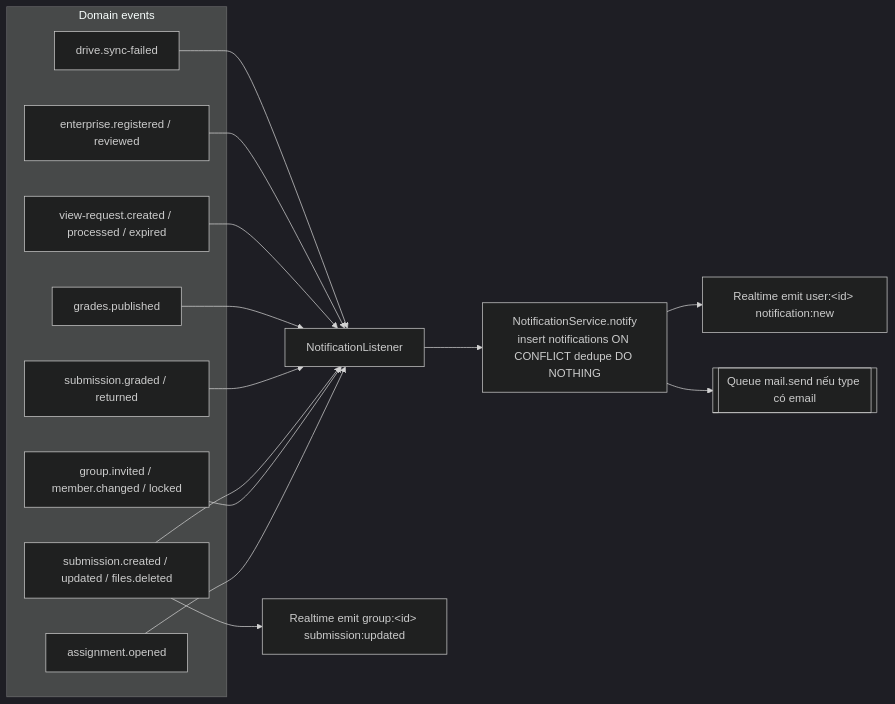
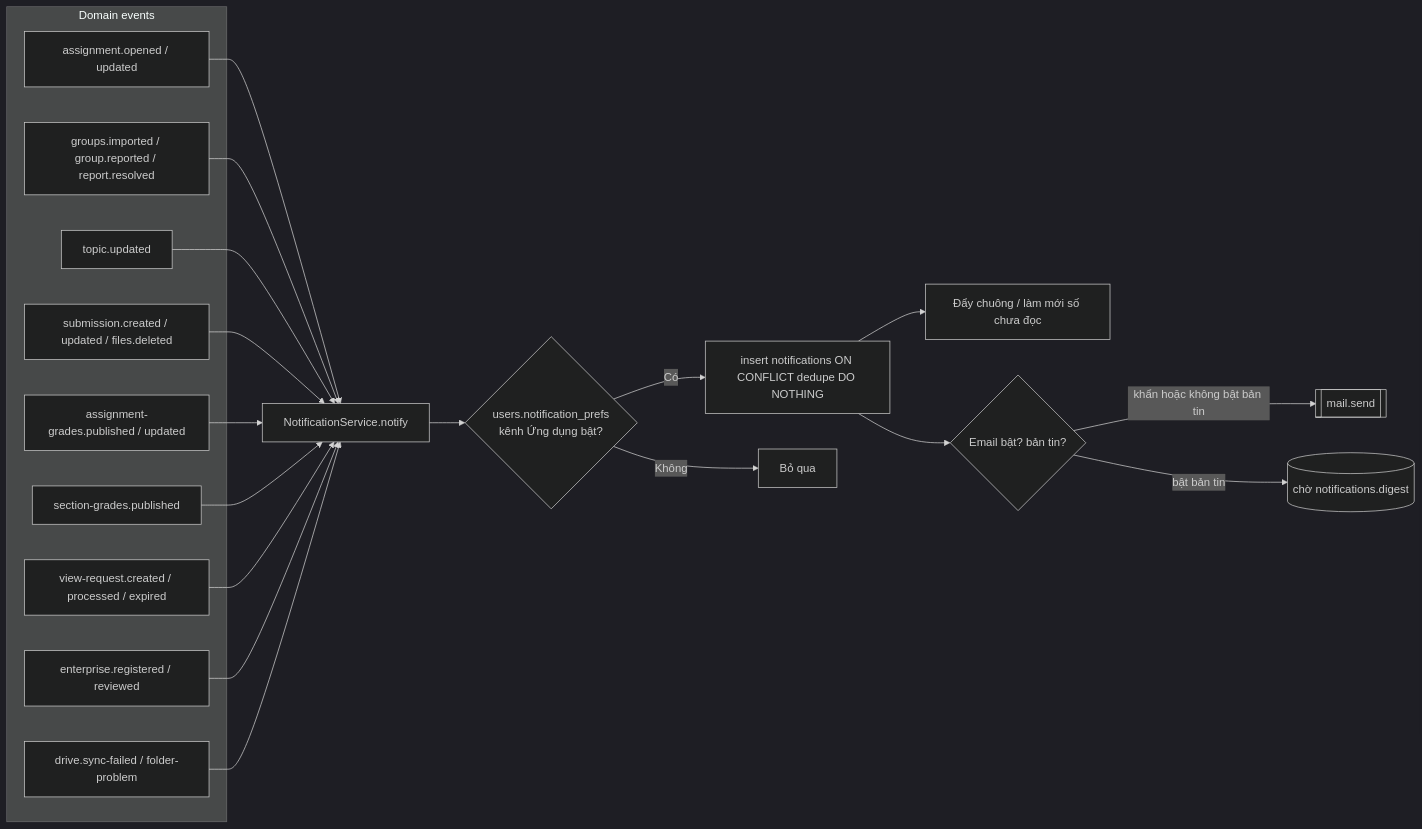
One commit to Tuaanss/-ATN changed diagram 12 of 12 in docs/ModuleFlows.md. Above: the diagram before and after it, drawn with Mermaid (dark theme). The commit also changed other lines of this file and 165 other files, not shown here.

````diff
--- a/docs/ModuleFlows.md
+++ b/docs/ModuleFlows.md
@@ -380,18 +409,22 @@
 ```mermaid
 flowchart LR
   subgraph Domain events
-    E1[assignment.opened]
-    E2[group.invited / member.changed / locked]
-    E3[submission.created / updated / files.deleted]
-    E4[submission.graded / returned]
-    E5[grades.published]
-    E6[view-request.created / processed / expired]
-    E7[enterprise.registered / reviewed]
-    E8[drive.sync-failed]
+    E1[assignment.opened / updated]
+    E2[groups.imported / group.reported / report.resolved]
+    E3[topic.updated]
+    E4[submission.created / updated / files.deleted]
+    E5[assignment-grades.published / updated]
+    E6[section-grades.published]
+    E7[view-request.created / processed / expired]
+    E8[enterprise.registered / reviewed]
+    E9[drive.sync-failed / folder-problem]
   end
-  E1 & E2 & E3 & E4 & E5 & E6 & E7 & E8 --> L[NotificationListener]
-  L --> NS[NotificationService.notify<br/>insert notifications ON CONFLICT dedupe DO NOTHING]
-  NS --> RT[Realtime emit user:&lt;id&gt; notification:new]
-  NS --> M[[Queue mail.send nếu type có email]]
-  E3 --> RT2[Realtime emit group:&lt;id&gt; submission:updated]
+  E1 & E2 & E3 & E4 & E5 & E6 & E7 & E8 & E9 --> L[NotificationService.notify]
+  L --> PF{users.notification_prefs<br/>kênh Ứng dụng bật?}
+  PF -- Có --> NS[insert notifications ON CONFLICT dedupe DO NOTHING]
+  NS --> RT[Đẩy chuông / làm mới số chưa đọc]
+  NS --> ST{Email bật? bản tin?}
+  ST -- khẩn hoặc không bật bản tin --> M[[mail.send]]
+  ST -- bật bản tin --> DG[(chờ notifications.digest)]
+  PF -- Không --> SKIP[Bỏ qua]
 ```
````
